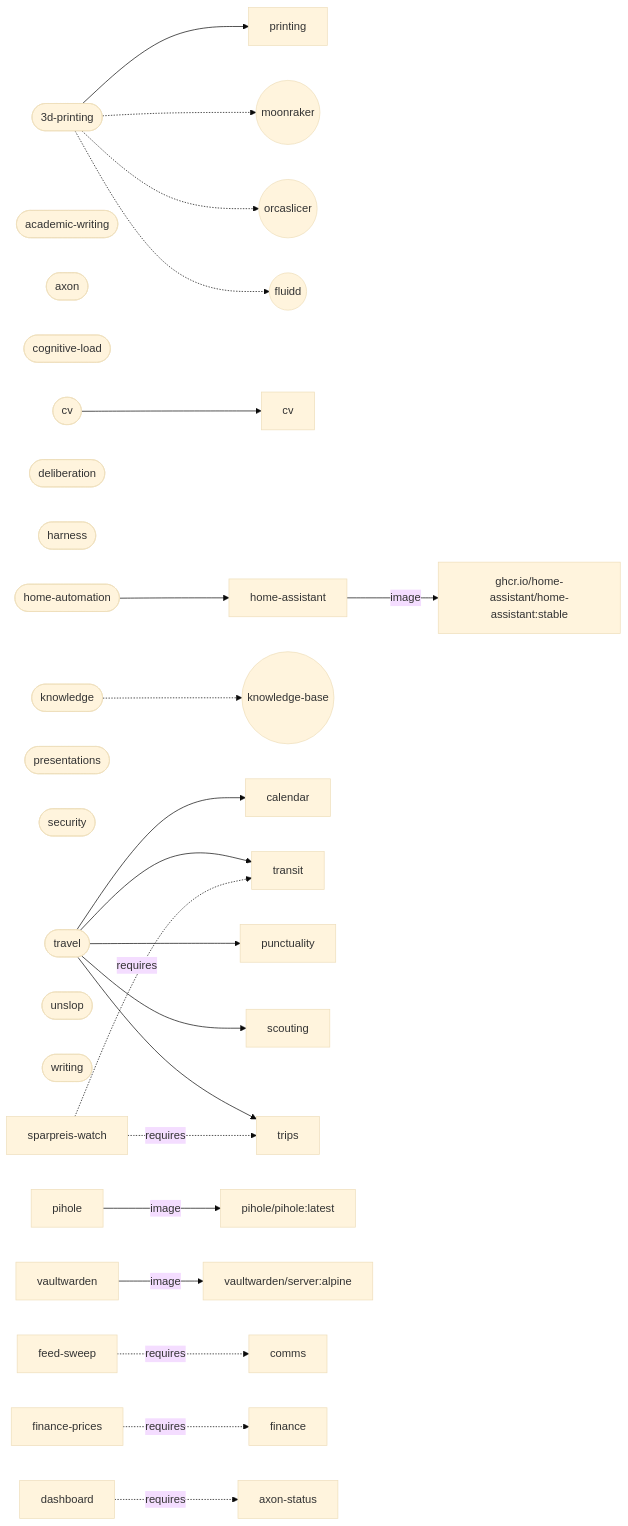
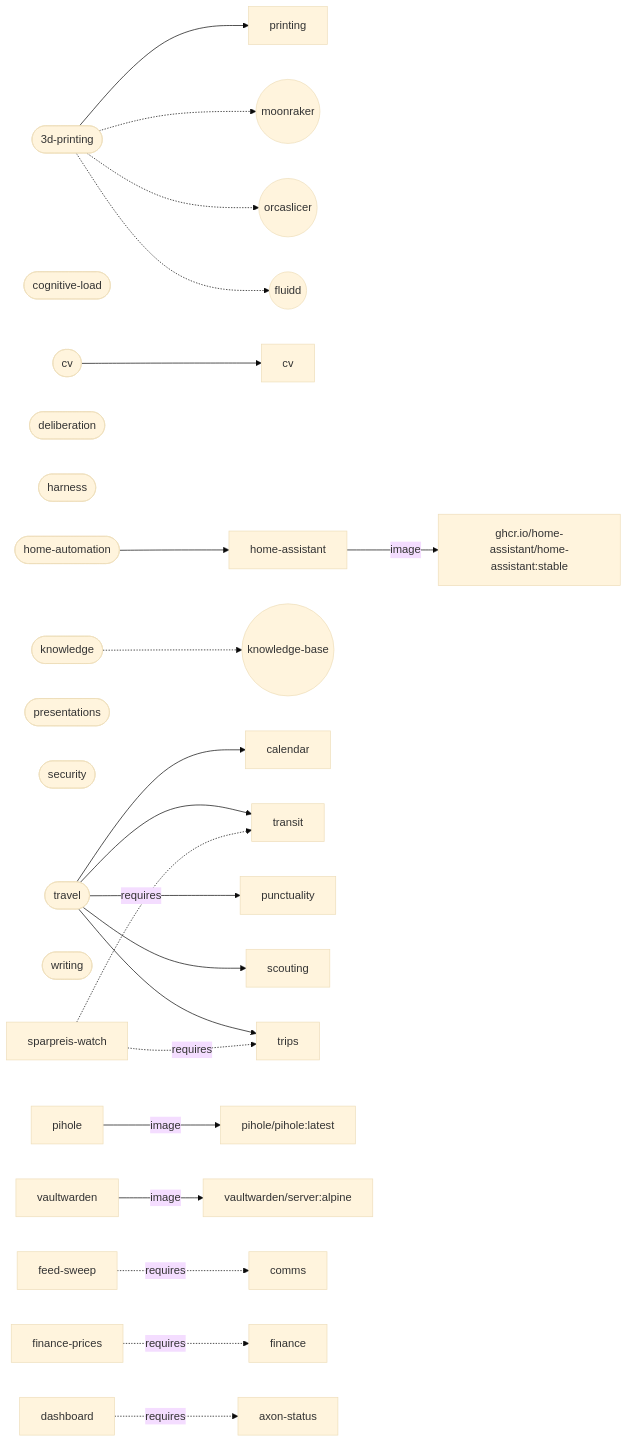
One commit to larsboes/Axon changed the diagram in ARCHITECTURE.md. Above: the diagram before and after it, drawn with Mermaid (base theme). The commit also changed other lines of this file and 472 other files, not shown here.

````diff
--- a/ARCHITECTURE.md
+++ b/ARCHITECTURE.md
@@ -150,37 +147,34 @@
 ```mermaid
 flowchart LR
   pack_3d_printing(["3d-printing"])
   pack_3d_printing --> cap_printing["printing"]
   pack_3d_printing -.-> sys_moonraker(("moonraker"))
   pack_3d_printing -.-> sys_orcaslicer(("orcaslicer"))
   pack_3d_printing -.-> sys_fluidd(("fluidd"))
-  pack_academic_writing(["academic-writing"])
-  pack_axon(["axon"])
   pack_cognitive_load(["cognitive-load"])
   pack_cv(["cv"])
   pack_cv --> cap_cv["cv"]
   pack_deliberation(["deliberation"])
   pack_harness(["harness"])
   pack_home_automation(["home-automation"])
   pack_home_automation --> cap_home_assistant["home-assistant"]
   pack_knowledge(["knowledge"])
   pack_knowledge -.-> sys_knowledge_base(("knowledge-base"))
   pack_presentations(["presentations"])
   pack_security(["security"])
   pack_travel(["travel"])
   pack_travel --> cap_calendar["calendar"]
   pack_travel --> cap_transit["transit"]
   pack_travel --> cap_punctuality["punctuality"]
   pack_travel --> cap_scouting["scouting"]
   pack_travel --> cap_trips["trips"]
-  pack_unslop(["unslop"])
   pack_writing(["writing"])
   cap_home_assistant["home-assistant"] -->|image| img_ghcr_io_home_assistant_home_assistant["ghcr.io/home-assistant/home-assistant:stable"]
   cap_pihole["pihole"] -->|image| img_pihole_pihole["pihole/pihole:latest"]
   cap_vaultwarden["vaultwarden"] -->|image| img_vaultwarden_server["vaultwarden/server:alpine"]
   cap_feed_sweep["feed-sweep"] -.->|requires| cap_comms["comms"]
   cap_finance_prices["finance-prices"] -.->|requires| cap_finance["finance"]
   cap_sparpreis_watch["sparpreis-watch"] -.->|requires| cap_transit["transit"]
   cap_sparpreis_watch["sparpreis-watch"] -.->|requires| cap_trips["trips"]
   cap_dashboard["dashboard"] -.->|requires| cap_axon_status["axon-status"]
 ```
````
